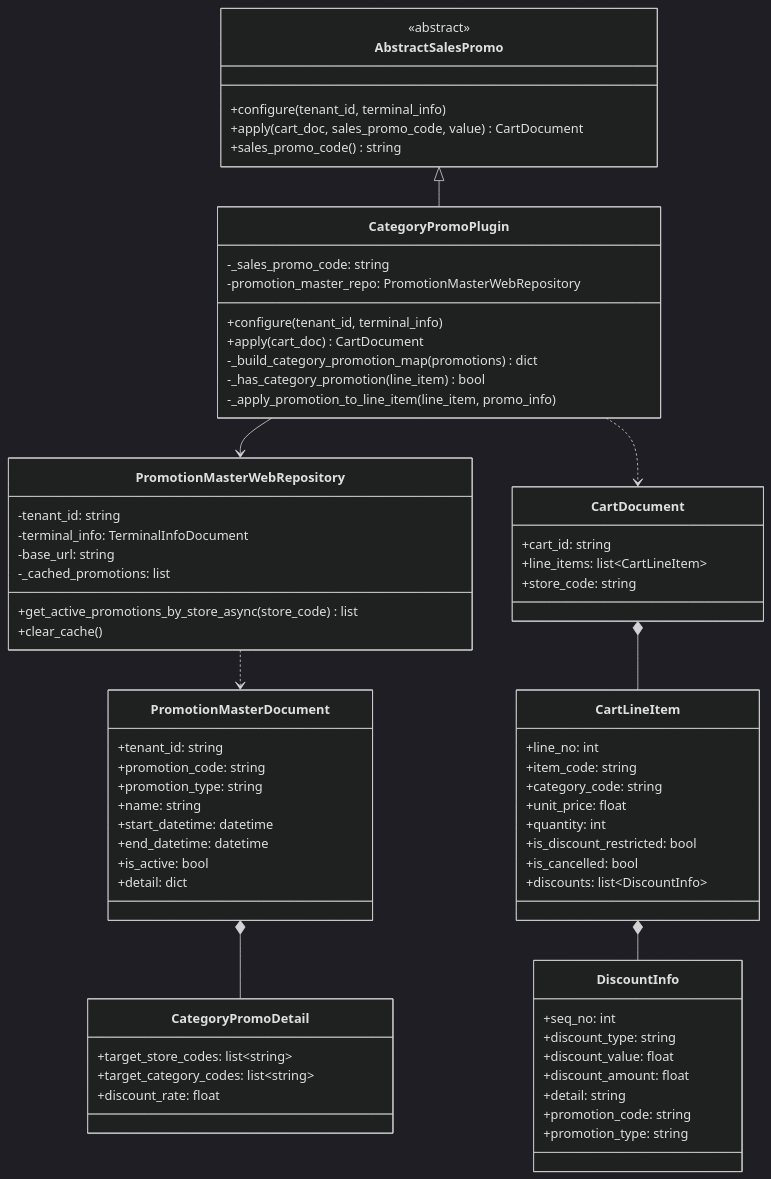
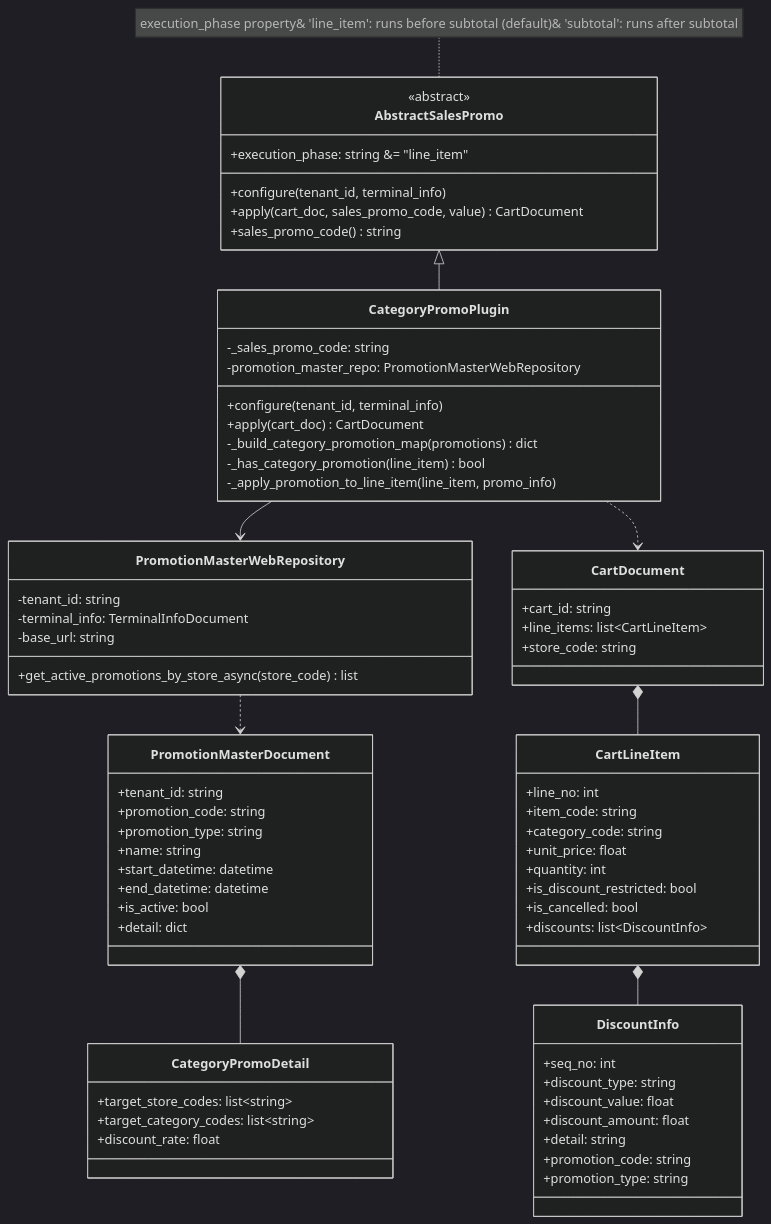
One commit to kugel-masa/kugelpos-backend changed the third of 8 diagrams in specs/1-category-promo/en/architecture-diagrams.md. Above: the diagram before and after it, drawn with Mermaid (dark theme). The commit also changed other lines of this file and 7 other files, not shown here.

First line of the commit message:
feat: Add execution phase to sales promotion plugin architecture

````diff
--- a/specs/1-category-promo/en/architecture-diagrams.md
+++ b/specs/1-category-promo/en/architecture-diagrams.md
@@ -108,80 +108,81 @@
 ```mermaid
 classDiagram
     class AbstractSalesPromo {
         <<abstract>>
+        +execution_phase: string &#61; "line_item"
         +configure(tenant_id, terminal_info)
         +apply(cart_doc, sales_promo_code, value) CartDocument
         +sales_promo_code() string
     }
 
     class CategoryPromoPlugin {
         -_sales_promo_code: string
         -promotion_master_repo: PromotionMasterWebRepository
         +configure(tenant_id, terminal_info)
         +apply(cart_doc) CartDocument
         -_build_category_promotion_map(promotions) dict
         -_has_category_promotion(line_item) bool
         -_apply_promotion_to_line_item(line_item, promo_info)
     }
 
+    note for AbstractSalesPromo "execution_phase property&#10;'line_item': runs before subtotal (default)&#10;'subtotal': runs after subtotal"
+
     class PromotionMasterWebRepository {
         -tenant_id: string
         -terminal_info: TerminalInfoDocument
         -base_url: string
-        -_cached_promotions: list
         +get_active_promotions_by_store_async(store_code) list
-        +clear_cache()
     }
 
     class PromotionMasterDocument {
         +tenant_id: string
         +promotion_code: string
         +promotion_type: string
         +name: string
         +start_datetime: datetime
         +end_datetime: datetime
         +is_active: bool
         +detail: dict
     }
 
     class CategoryPromoDetail {
         +target_store_codes: list~string~
         +target_category_codes: list~string~
         +discount_rate: float
     }
 
     class CartDocument {
         +cart_id: string
         +line_items: list~CartLineItem~
         +store_code: string
     }
 
     class CartLineItem {
         +line_no: int
         +item_code: string
         +category_code: string
         +unit_price: float
         +quantity: int
         +is_discount_restricted: bool
         +is_cancelled: bool
         +discounts: list~DiscountInfo~
     }
 
     class DiscountInfo {
         +seq_no: int
         +discount_type: string
         +discount_value: float
         +discount_amount: float
         +detail: string
         +promotion_code: string
         +promotion_type: string
     }
 
     AbstractSalesPromo <|-- CategoryPromoPlugin
     CategoryPromoPlugin --> PromotionMasterWebRepository
     PromotionMasterWebRepository ..> PromotionMasterDocument
     PromotionMasterDocument *-- CategoryPromoDetail
     CartDocument *-- CartLineItem
     CartLineItem *-- DiscountInfo
     CategoryPromoPlugin ..> CartDocument
 ```
````
